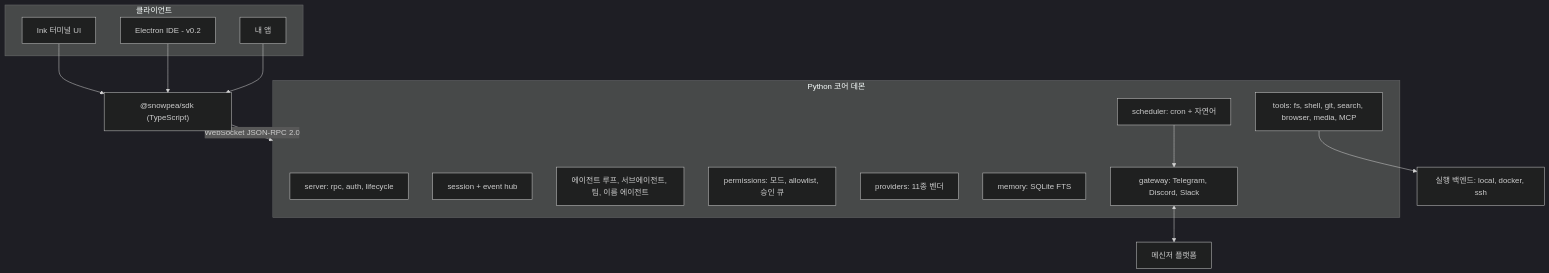
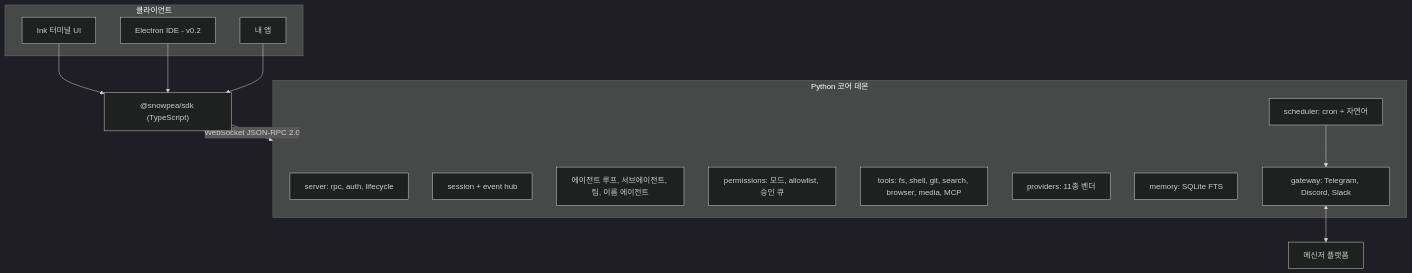
One commit to Wafour-Developer/snowpea-agent changed the diagram in README.ko.md. Above: the diagram before and after it, drawn with Mermaid (dark theme). The commit also changed other lines of this file and 69 other files, not shown here.

First line of the commit message:
feat(core)!: remove the docker/ssh tool backends, add daemon --host (protocol 1.39.0)

````diff
--- a/README.ko.md
+++ b/README.ko.md
@@ -77,29 +76,28 @@
 ```mermaid
 flowchart TB
     subgraph clients[클라이언트]
         TUI[Ink 터미널 UI]
         IDE[Electron IDE - v0.2]
         APP[내 앱]
     end
     SDK["@snowpea/sdk (TypeScript)"]
     TUI --> SDK
     IDE --> SDK
     APP --> SDK
     SDK -->|"WebSocket JSON-RPC 2.0"| CORE
 
     subgraph CORE[Python 코어 데몬]
         SRV[server: rpc, auth, lifecycle]
         SES[session + event hub]
         AGT[에이전트 루프, 서브에이전트, 팀, 이름 에이전트]
         PRM[permissions: 모드, allowlist, 승인 큐]
         TOOL[tools: fs, shell, git, search, browser, media, MCP]
         PROV[providers: 11종 벤더]
         MEM[memory: SQLite FTS]
         SCH[scheduler: cron + 자연어]
         GW[gateway: Telegram, Discord, Slack]
     end
 
-    TOOL --> EXEC[실행 백엔드: local, docker, ssh]
     GW <--> CHAT[메신저 플랫폼]
     SCH --> GW
 ```
````
